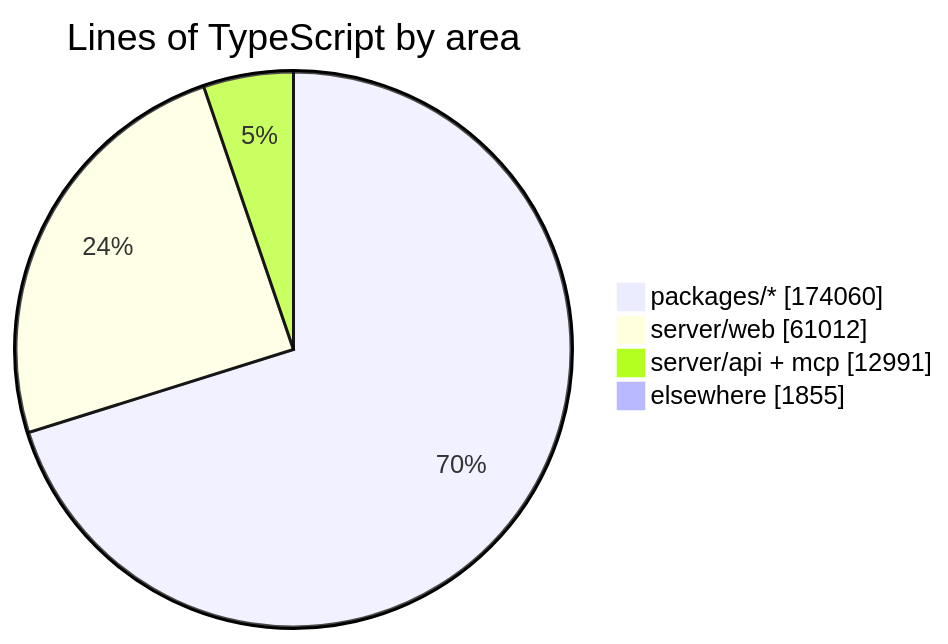
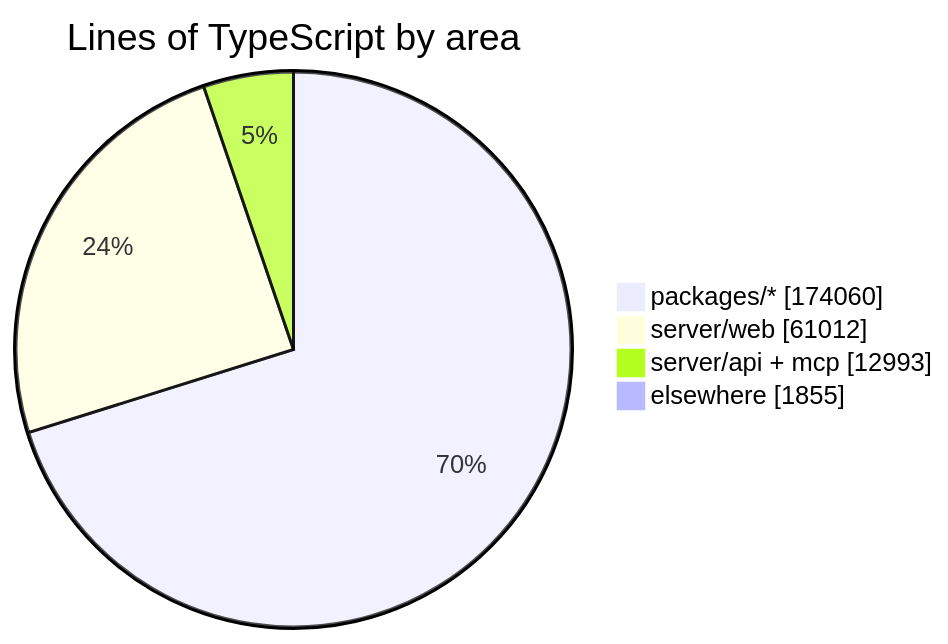
The diagram in README.md (crossworks-engineering/mantle), drawn with Mermaid before and after one commit. The commit also changed other lines of this file and 2 other files, not shown here.

````diff
--- a/README.md
+++ b/README.md
@@ -279,7 +279,7 @@
 ```mermaid
 pie showData title Lines of TypeScript by area
     "packages/*" : 174060
     "server/web" : 61012
-    "server/api + mcp" : 12991
+    "server/api + mcp" : 12993
     "elsewhere" : 1855
 ```
````
